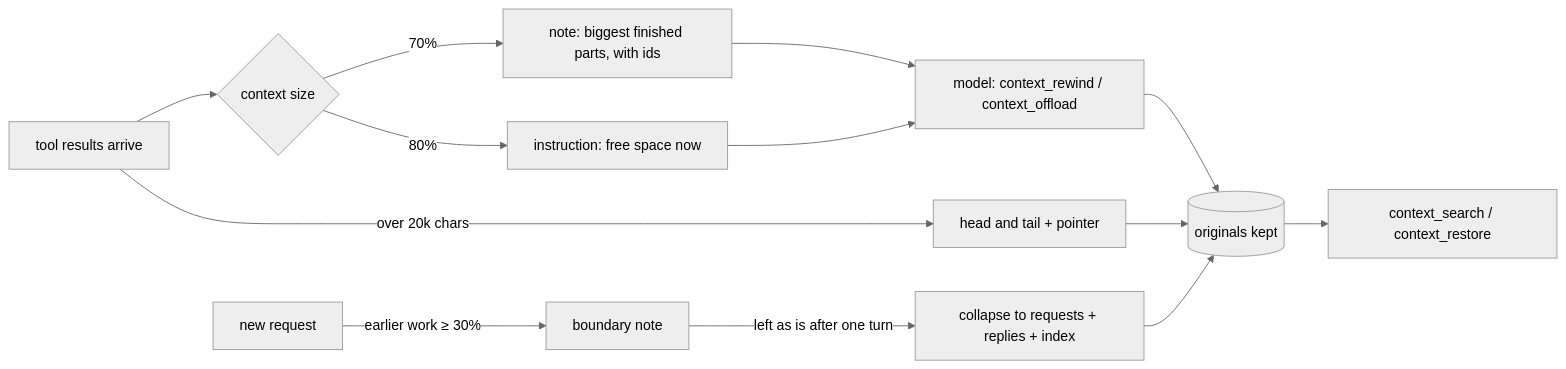
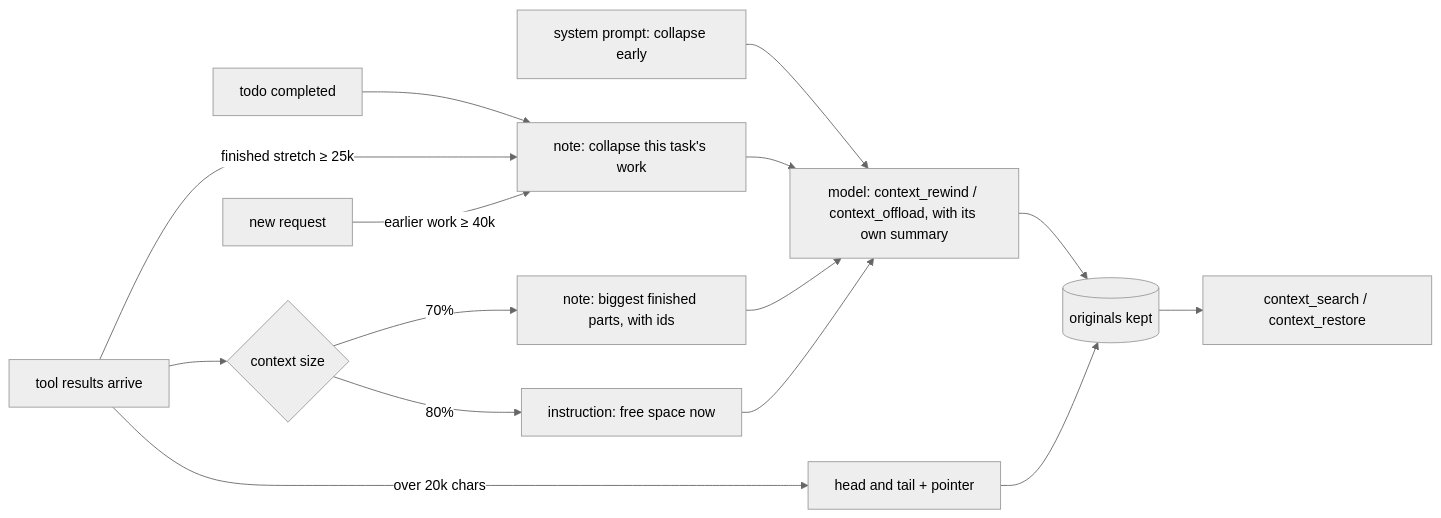
The first of 2 diagrams in README.md (nemanjan00/compactor), drawn with Mermaid (neutral theme) before and after one commit. The commit also changed other lines of this file and 13 other files, not shown here.

````diff
--- a/README.md
+++ b/README.md
@@ -98,15 +120,17 @@
 ```mermaid
 flowchart LR
   A[tool results arrive] -->|over 20k chars| B[head and tail + pointer]
   A --> C{context size}
+  S[system prompt: collapse early] --> F
+  T[todo completed] --> N[note: collapse this task's work]
+  A -->|finished stretch ≥ 25k| N
+  G[new request] -->|earlier work ≥ 40k| N
   C -->|70%| D[note: biggest finished parts, with ids]
   C -->|80%| E[instruction: free space now]
-  D --> F[model: context_rewind / context_offload]
+  N --> F[model: context_rewind / context_offload, with its own summary]
+  D --> F
   E --> F
-  G[new request] -->|earlier work ≥ 30%| H[boundary note]
-  H -->|left as is after one turn| I[collapse to requests + replies + index]
   F --> J[(originals kept)]
   B --> J
-  I --> J
   J --> K[context_search / context_restore]
 ```
````
